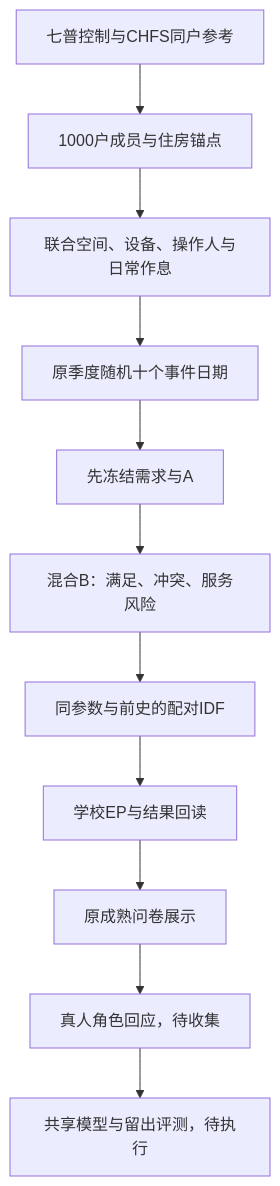
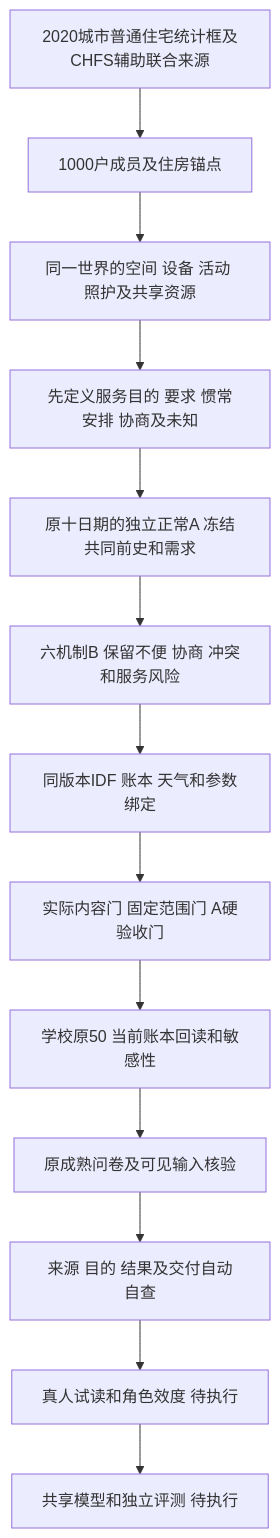
One commit to Fanmili-5/energybridge-household-survey changed the diagram in docs/household1000/PIPELINE.md. Above: the diagram before and after it, drawn with Mermaid. The commit also changed other lines of this file and 254 other files, not shown here.

````diff
--- a/docs/household1000/PIPELINE.md
+++ b/docs/household1000/PIPELINE.md
@@ -3,13 +5,15 @@
 ```mermaid
 flowchart TD
-  S[七普控制与CHFS同户参考] --> F[1000户成员与住房锚点]
-  F --> W[联合空间、设备、操作人与日常作息]
-  W --> D[原季度随机十个事件日期]
-  D --> A[先冻结需求与A]
-  A --> B[混合B：满足、冲突、服务风险]
-  B --> I[同参数与前史的配对IDF]
-  I --> E[学校EP与结果回读]
-  E --> Q[原成熟问卷展示]
-  Q --> H[真人角色回应，待收集]
-  H --> T[共享模型与留出评测，待执行]
+  S[2020城市普通住宅统计框及CHFS辅助联合来源] --> F[1000户成员及住房锚点]
+  F --> W[同一世界的空间 设备 活动 照护及共享资源]
+  W --> N[先定义服务目的 要求 惯常安排 协商及未知]
+  N --> A[原十日期的独立正常A 冻结共同前史和需求]
+  A --> B[六机制B 保留不便 协商 冲突和服务风险]
+  B --> I[同版本IDF 账本 天气和参数绑定]
+  I --> G[实际内容门 固定范围门 A硬验收门]
+  G --> E[学校原50 当前账本回读和敏感性]
+  E --> Q[原成熟问卷及可见输入核验]
+  Q --> C[来源 目的 结果及交付自动自查]
+  C --> H[真人试读和角色效度 待执行]
+  H --> T[共享模型和独立评测 待执行]
 ```
````
